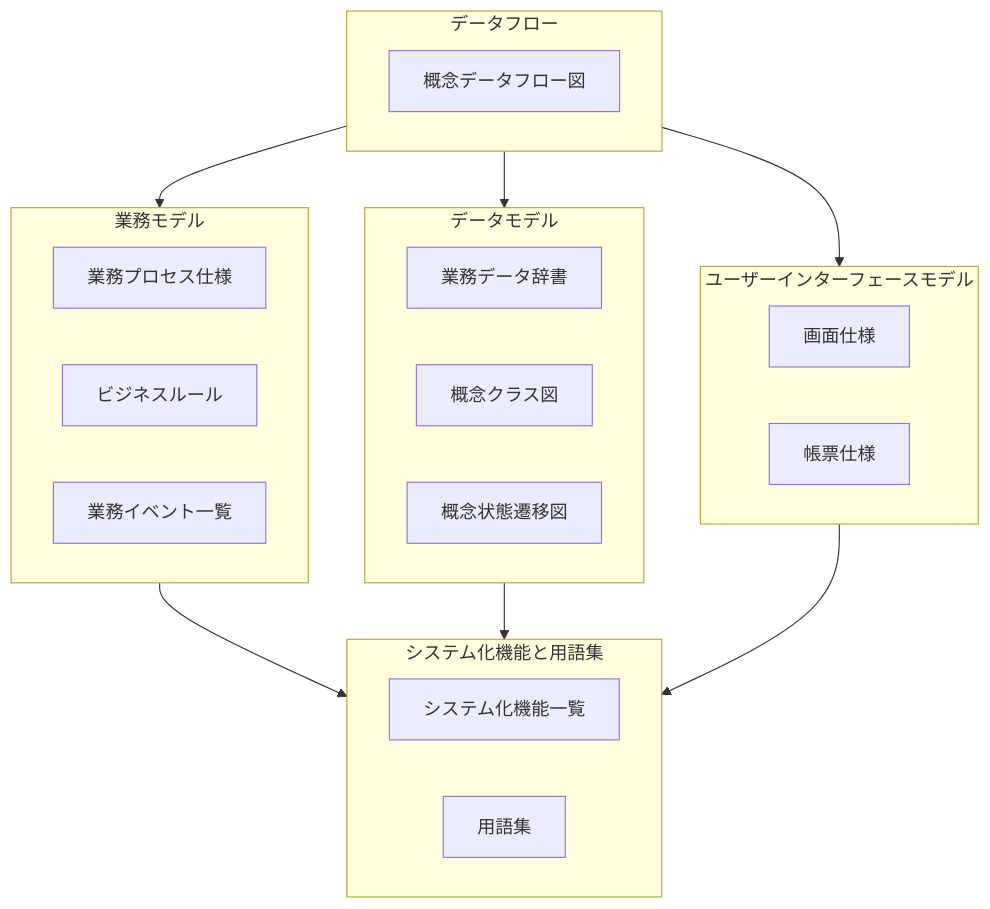
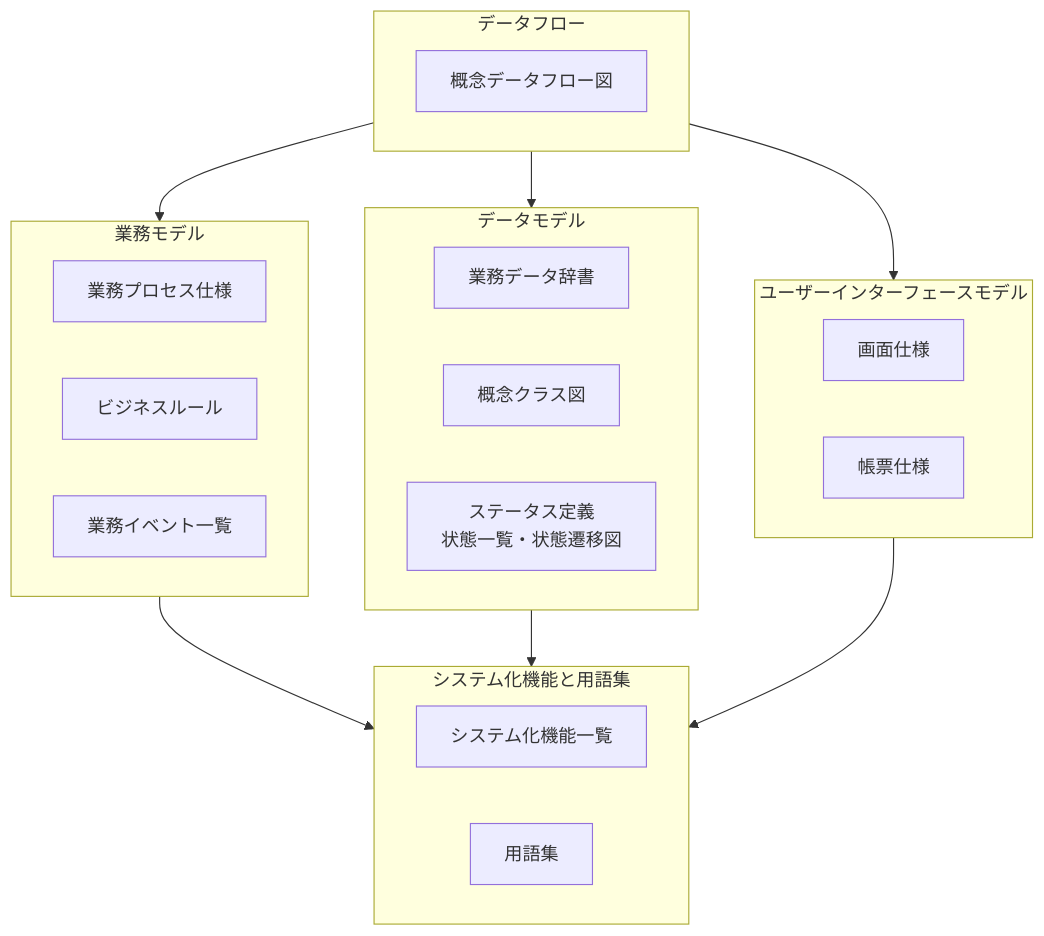
Before and after one commit to specdojo/specdojo: the diagram in docs/ja/specdojo/references/deliverables-reference.md, drawn with Mermaid. The commit also changed other lines of this file and 46 other files, not shown here.

First line of the commit message:
exec(register PJR-ZA91): STSD と CSTD を STSD へ統合し状態一覧と状態遷移図を 1 文書で扱う

````diff
--- a/docs/ja/specdojo/references/deliverables-reference.md
+++ b/docs/ja/specdojo/references/deliverables-reference.md
@@ -173,35 +173,35 @@
 ```mermaid
 flowchart
   subgraph データフロー
     概念データフロー図[概念データフロー図]
   end
 
   subgraph データモデル
     業務データ辞書[業務データ辞書]
     概念クラス図[概念クラス図]
-    概念状態遷移図[概念状態遷移図]
+    ステータス定義[ステータス定義<br>状態一覧・状態遷移図]
   end
 
   subgraph 業務モデル
     業務プロセス仕様[業務プロセス仕様]
     ビジネスルール[ビジネスルール]
     業務イベント一覧[業務イベント一覧]
   end
 
   subgraph userInterfaceModelGroup[ユーザーインターフェースモデル]
     画面仕様[画面仕様]
     帳票仕様[帳票仕様]
   end
 
   subgraph supportingDeliverables[システム化機能と用語集]
     システム化機能一覧[システム化機能一覧]
     用語集定義[用語集]
   end
 
   データフロー --> データモデル
   データフロー --> 業務モデル
   データフロー --> userInterfaceModelGroup
   業務モデル --> supportingDeliverables
   データモデル --> supportingDeliverables
   userInterfaceModelGroup --> supportingDeliverables
 ```
````
